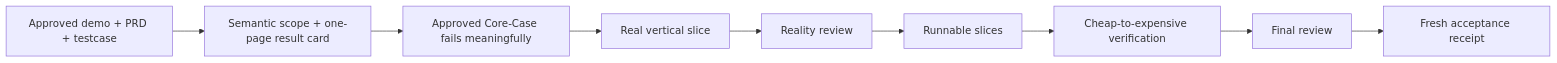
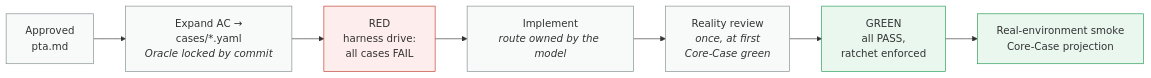
The second of 2 diagrams in README.md (wallkop/opc-develop), drawn with Mermaid before and after one commit. The commit also changed other lines of this file and 1 other file, not shown here.

Commit message:
docs: rebuild bilingual README for 0.7 — Mermaid architecture map, refactor philosophy section, PTA/harness world

````diff
--- a/README.md
+++ b/README.md
@@ -324,11 +381,16 @@
 ```mermaid
 flowchart LR
-  A["Approved demo + PRD + testcase"] --> B["Semantic scope + one-page result card"]
-  B --> C["Approved Core-Case fails meaningfully"]
-  C --> D["Real vertical slice"]
-  D --> E["Reality review"]
-  E --> F["Runnable slices"]
-  F --> G["Cheap-to-expensive verification"]
-  G --> H["Final review"]
-  H --> I["Fresh acceptance receipt"]
+  A["Approved<br/>pta.md"] --> B["Expand AC →<br/>cases/*.yaml<br/><i>Oracle locked by commit</i>"]
+  B --> C["RED<br/>harness drive:<br/>all cases FAIL"]
+  C --> D["Implement<br/><i>route owned by the model</i>"]
+  D --> E["Reality review<br/><i>once, at first<br/>Core-Case green</i>"]
+  E --> F["GREEN<br/>all PASS,<br/>ratchet enforced"]
+  F --> G["Real-environment smoke<br/>Core-Case projection"]
+
+  classDef red fill:#fdedec,stroke:#c0392b,color:#333
+  classDef green fill:#e9f7ef,stroke:#229954,color:#333
+  classDef neutral fill:#f8f9f9,stroke:#7f8c8d,color:#333
+  class C red
+  class F,G green
+  class A,B,D,E neutral
 ```
````
